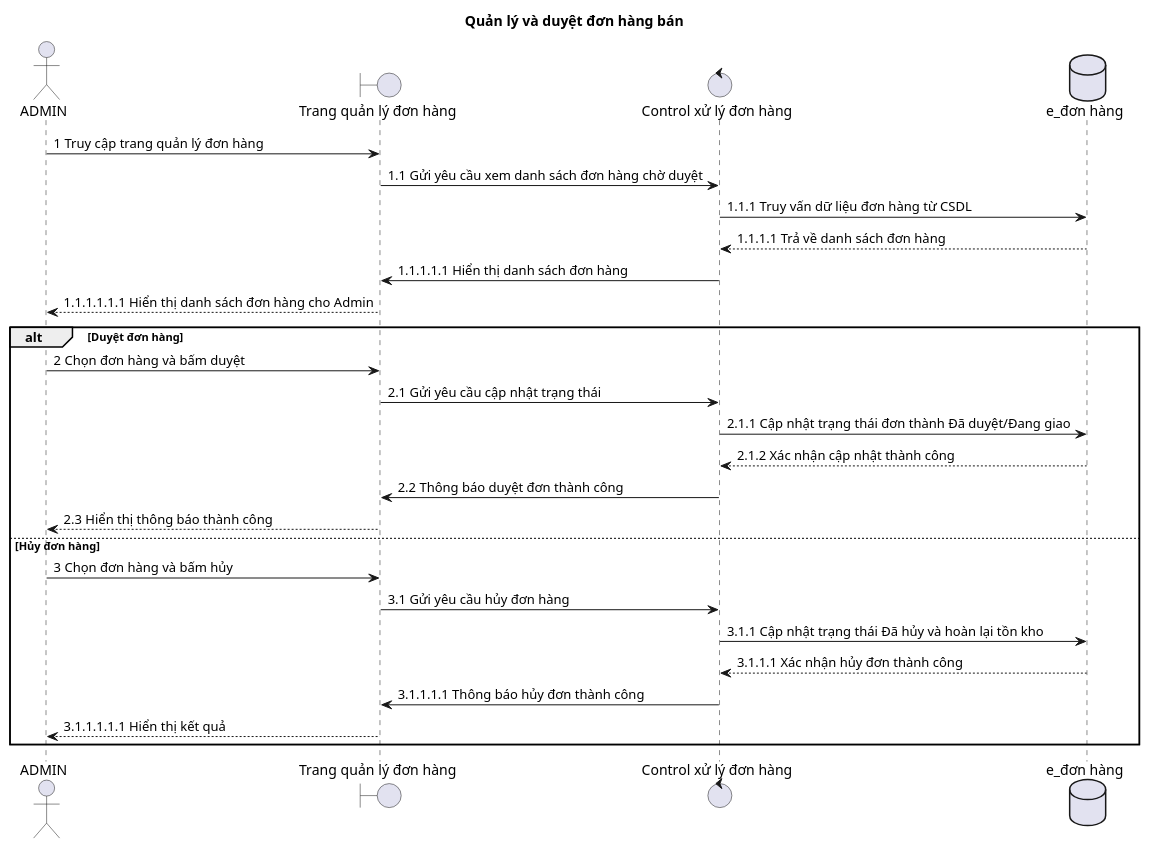
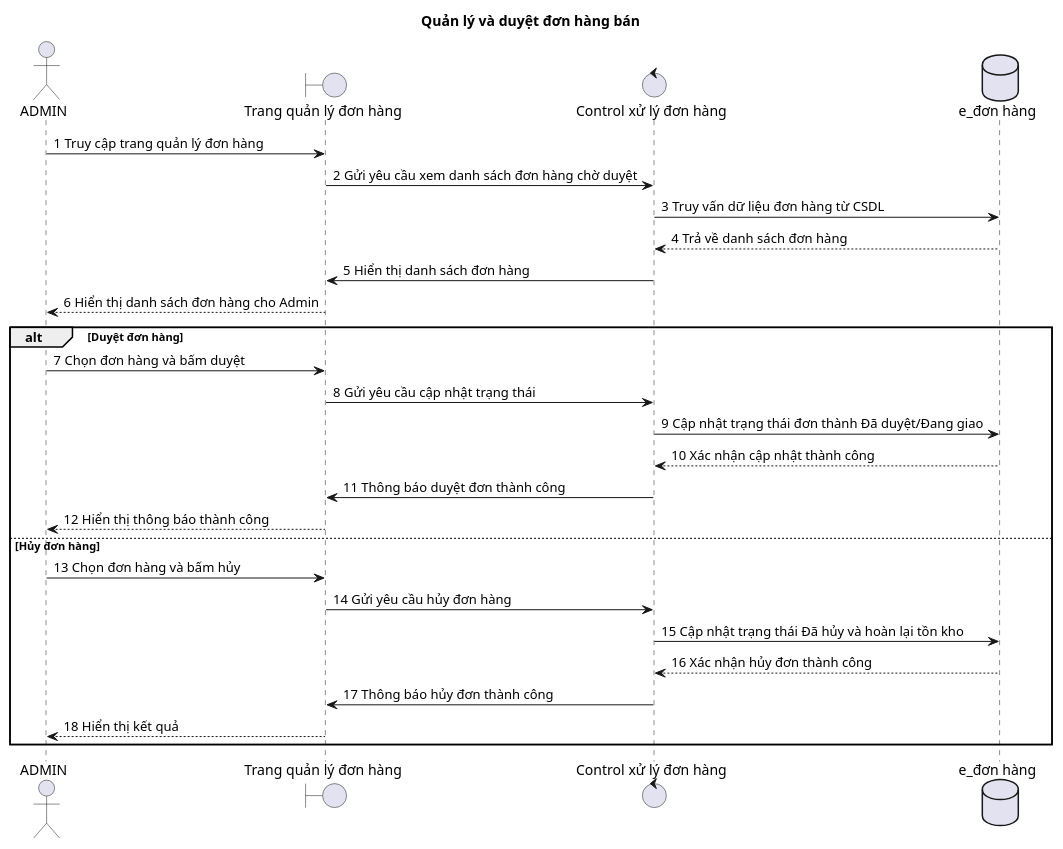
Before and after one commit to duygri/do-an-htttdn-crm: the diagram in docs/diagrams/sequence/preview/09-sales-order-approval.puml, drawn with PlantUML.

Commit message:
Update sales order approval sequence diagram

```diff
--- a/docs/diagrams/sequence/preview/09-sales-order-approval.puml
+++ b/docs/diagrams/sequence/preview/09-sales-order-approval.puml
@@ -1,31 +1,31 @@
 @startuml
 title Quản lý và duyệt đơn hàng bán
 
 actor ADMIN as Admin
 boundary "Trang quản lý đơn hàng" as Boundary
 control "Control xử lý đơn hàng" as Control
 database "e_đơn hàng" as Entity
 
 Admin -> Boundary: 1 Truy cập trang quản lý đơn hàng
-Boundary -> Control: 1.1 Gửi yêu cầu xem danh sách đơn hàng chờ duyệt
-Control -> Entity: 1.1.1 Truy vấn dữ liệu đơn hàng từ CSDL
-Entity --> Control: 1.1.1.1 Trả về danh sách đơn hàng
-Control -> Boundary: 1.1.1.1.1 Hiển thị danh sách đơn hàng
-Boundary --> Admin: 1.1.1.1.1.1 Hiển thị danh sách đơn hàng cho Admin
+Boundary -> Control: 2 Gửi yêu cầu xem danh sách đơn hàng chờ duyệt
+Control -> Entity: 3 Truy vấn dữ liệu đơn hàng từ CSDL
+Entity --> Control: 4 Trả về danh sách đơn hàng
+Control -> Boundary: 5 Hiển thị danh sách đơn hàng
+Boundary --> Admin: 6 Hiển thị danh sách đơn hàng cho Admin
 
 alt Duyệt đơn hàng
-  Admin -> Boundary: 2 Chọn đơn hàng và bấm duyệt
-  Boundary -> Control: 2.1 Gửi yêu cầu cập nhật trạng thái
-  Control -> Entity: 2.1.1 Cập nhật trạng thái đơn thành Đã duyệt/Đang giao
-  Entity --> Control: 2.1.2 Xác nhận cập nhật thành công
-  Control -> Boundary: 2.2 Thông báo duyệt đơn thành công
-  Boundary --> Admin: 2.3 Hiển thị thông báo thành công
+  Admin -> Boundary: 7 Chọn đơn hàng và bấm duyệt
+  Boundary -> Control: 8 Gửi yêu cầu cập nhật trạng thái
+  Control -> Entity: 9 Cập nhật trạng thái đơn thành Đã duyệt/Đang giao
+  Entity --> Control: 10 Xác nhận cập nhật thành công
+  Control -> Boundary: 11 Thông báo duyệt đơn thành công
+  Boundary --> Admin: 12 Hiển thị thông báo thành công
 else Hủy đơn hàng
-  Admin -> Boundary: 3 Chọn đơn hàng và bấm hủy
-  Boundary -> Control: 3.1 Gửi yêu cầu hủy đơn hàng
-  Control -> Entity: 3.1.1 Cập nhật trạng thái Đã hủy và hoàn lại tồn kho
-  Entity --> Control: 3.1.1.1 Xác nhận hủy đơn thành công
-  Control -> Boundary: 3.1.1.1.1 Thông báo hủy đơn thành công
-  Boundary --> Admin: 3.1.1.1.1.1 Hiển thị kết quả
+  Admin -> Boundary: 13 Chọn đơn hàng và bấm hủy
+  Boundary -> Control: 14 Gửi yêu cầu hủy đơn hàng
+  Control -> Entity: 15 Cập nhật trạng thái Đã hủy và hoàn lại tồn kho
+  Entity --> Control: 16 Xác nhận hủy đơn thành công
+  Control -> Boundary: 17 Thông báo hủy đơn thành công
+  Boundary --> Admin: 18 Hiển thị kết quả
 end
 @enduml
```
